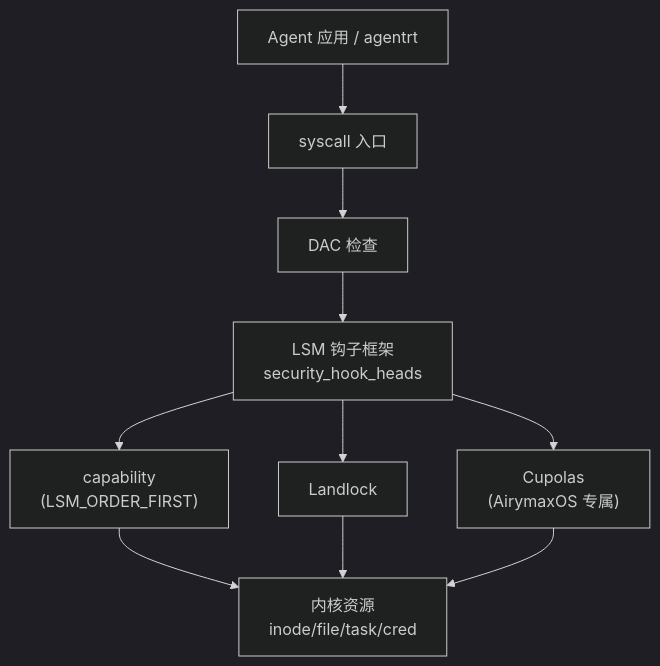
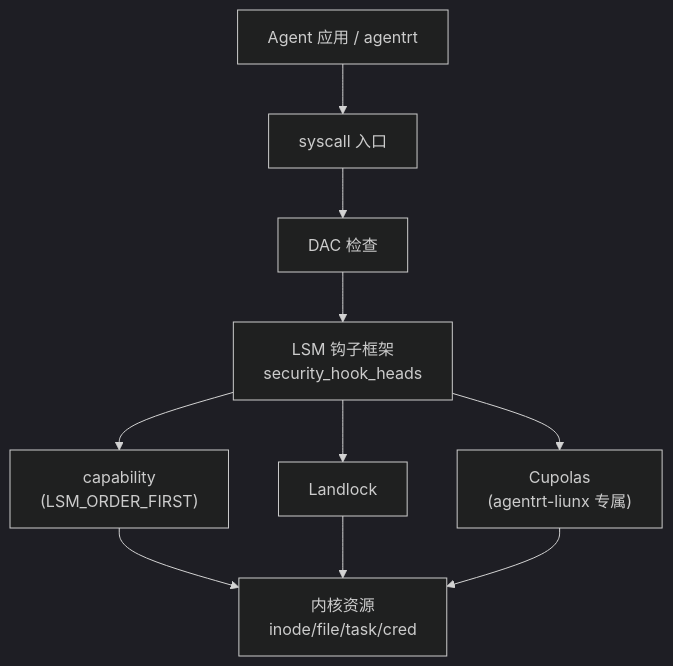
Before and after one commit to openairymax/docs: the first of 2 diagrams in AirymaxAgentOS/110-security/01-lsm-framework.md, drawn with Mermaid (dark theme). The commit also changed other lines of this file and 99 other files, not shown here.

````diff
--- a/AirymaxAgentOS/110-security/01-lsm-framework.md
+++ b/AirymaxAgentOS/110-security/01-lsm-framework.md
@@ -55,12 +55,12 @@
 ```mermaid
 flowchart TB
     APP["Agent 应用 / agentrt"] --> SYSCALL["syscall 入口"]
     SYSCALL --> DAC["DAC 检查"]
     DAC --> LSM["LSM 钩子框架<br/>security_hook_heads"]
     LSM --> CAP["capability<br/>(LSM_ORDER_FIRST)"]
     LSM --> LANDLOCK["Landlock"]
-    LSM --> CUPOLAS["Cupolas<br/>(AirymaxOS 专属)"]
+    LSM --> CUPOLAS["Cupolas<br/>(agentrt-liunx 专属)"]
     CAP --> KRES["内核资源<br/>inode/file/task/cred"]
     LANDLOCK --> KRES
     CUPOLAS --> KRES
 ```
````
